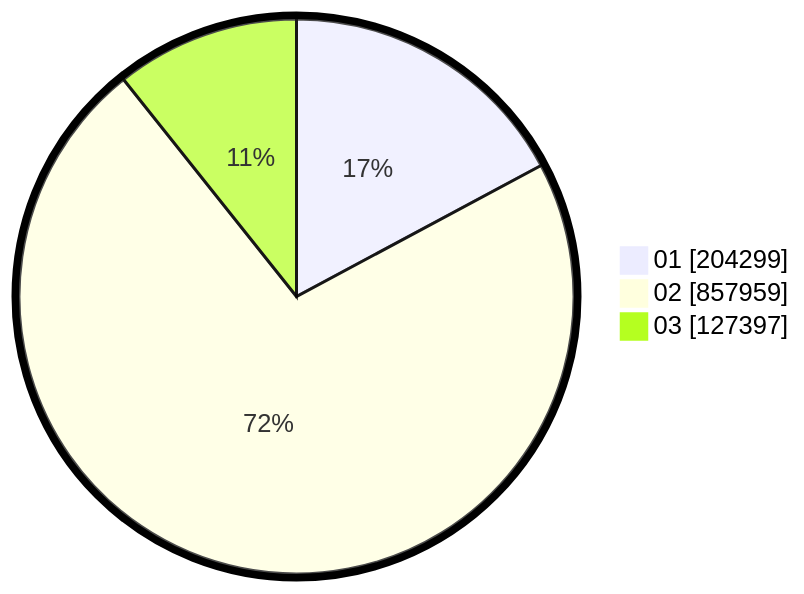
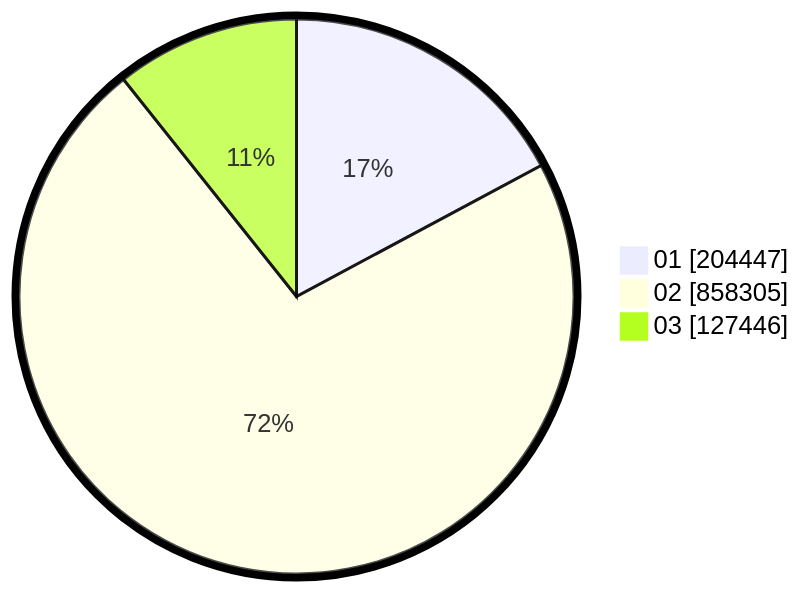
One commit to gigit-pemilu/pemilu-2024 changed the second of 2 diagrams in pilpres/hitung-suara/sub/table-wilayah-62.md. Above: the diagram before and after it, drawn with Mermaid. The commit also changed other lines of this file and 6 other files, not shown here.

````diff
--- a/pilpres/hitung-suara/sub/table-wilayah-62.md
+++ b/pilpres/hitung-suara/sub/table-wilayah-62.md
@@ -15,7 +15,7 @@
 ```mermaid
 %%{init: {"pie": {"textPosition": 0.5}, "themeVariables": {"pieOuterStrokeWidth": "5px"}} }%%
 pie showData
-    "01" : 204299
-    "02" : 857959
-    "03" : 127397
+    "01" : 204447
+    "02" : 858305
+    "03" : 127446
 ```
````
